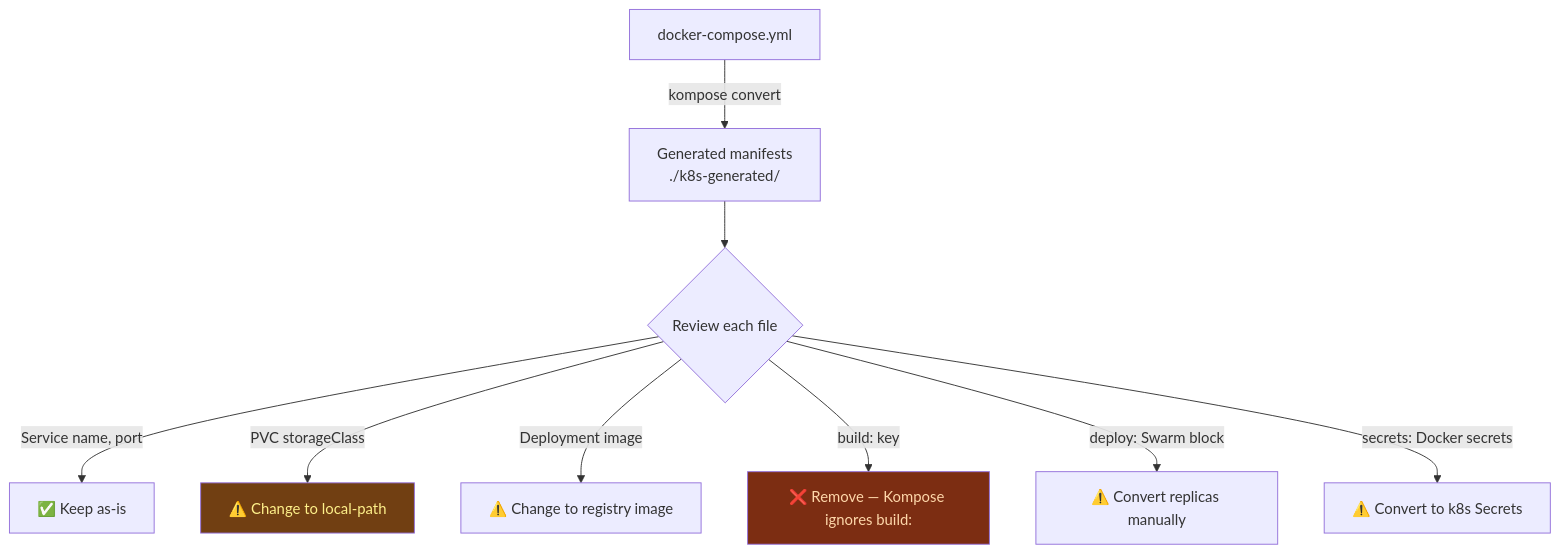
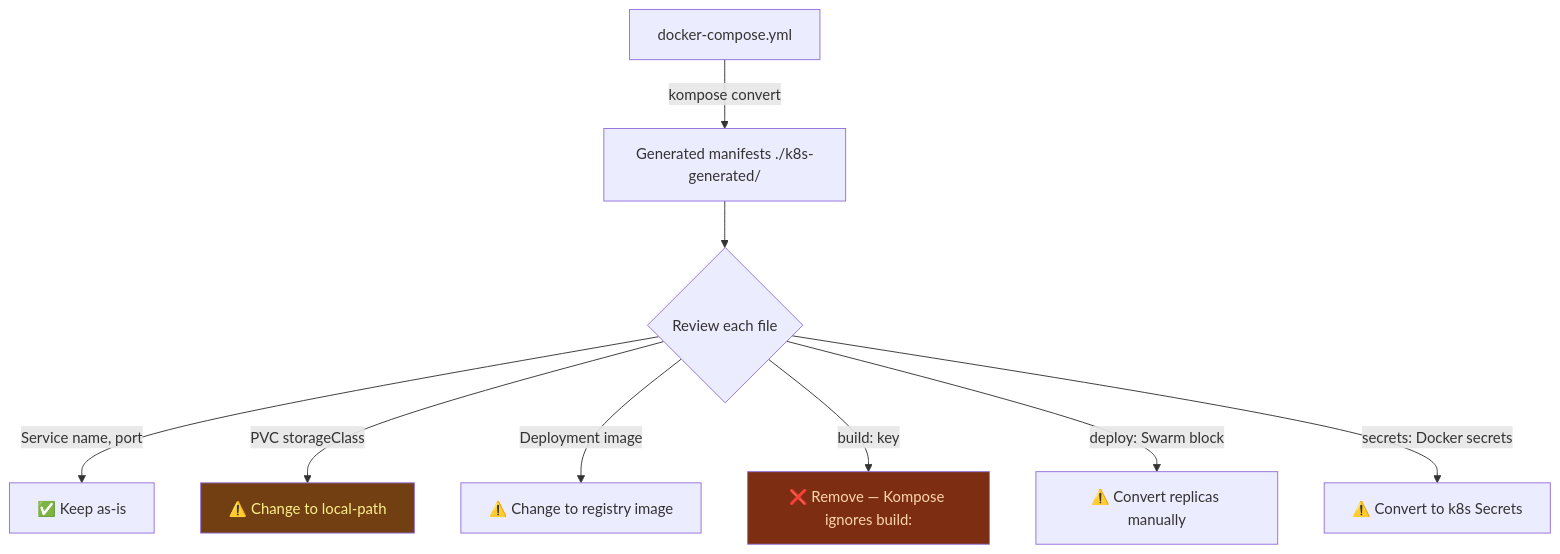
Before and after one commit to UncleJS/course_k3s: the second of 7 diagrams in 17_docker_to_k3s/05_migration_walkthrough.md, drawn with Mermaid. The commit also changed other lines of this file and 57 other files, not shown here.

````diff
--- a/17_docker_to_k3s/05_migration_walkthrough.md
+++ b/17_docker_to_k3s/05_migration_walkthrough.md
@@ -189,13 +189,13 @@
 ```mermaid
 flowchart TD
-    A[docker-compose.yml] -->|kompose convert| B[Generated manifests\n./k8s-generated/]
+    A[docker-compose.yml] -->|kompose convert| B[Generated manifests ./k8s-generated/]
     B --> C{Review each file}
     C -->|Service name, port| D[✅ Keep as-is]
     C -->|PVC storageClass| E[⚠️ Change to local-path]
     C -->|Deployment image| F[⚠️ Change to registry image]
     C -->|build: key| G[❌ Remove — Kompose ignores build:]
     C -->|deploy: Swarm block| H[⚠️ Convert replicas manually]
     C -->|secrets: Docker secrets| I[⚠️ Convert to k8s Secrets]
     style G fill:#7c2d12,color:#fed7aa
     style E fill:#713f12,color:#fef08a
 ```
````
